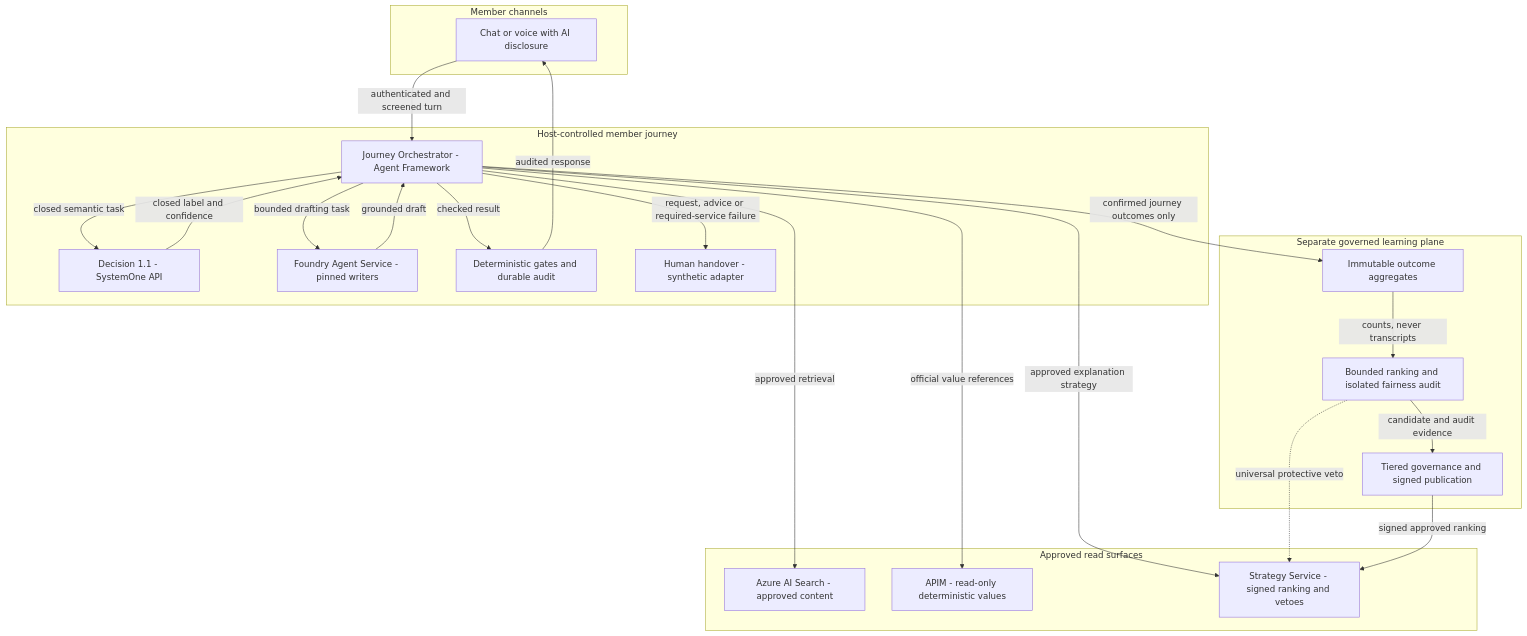
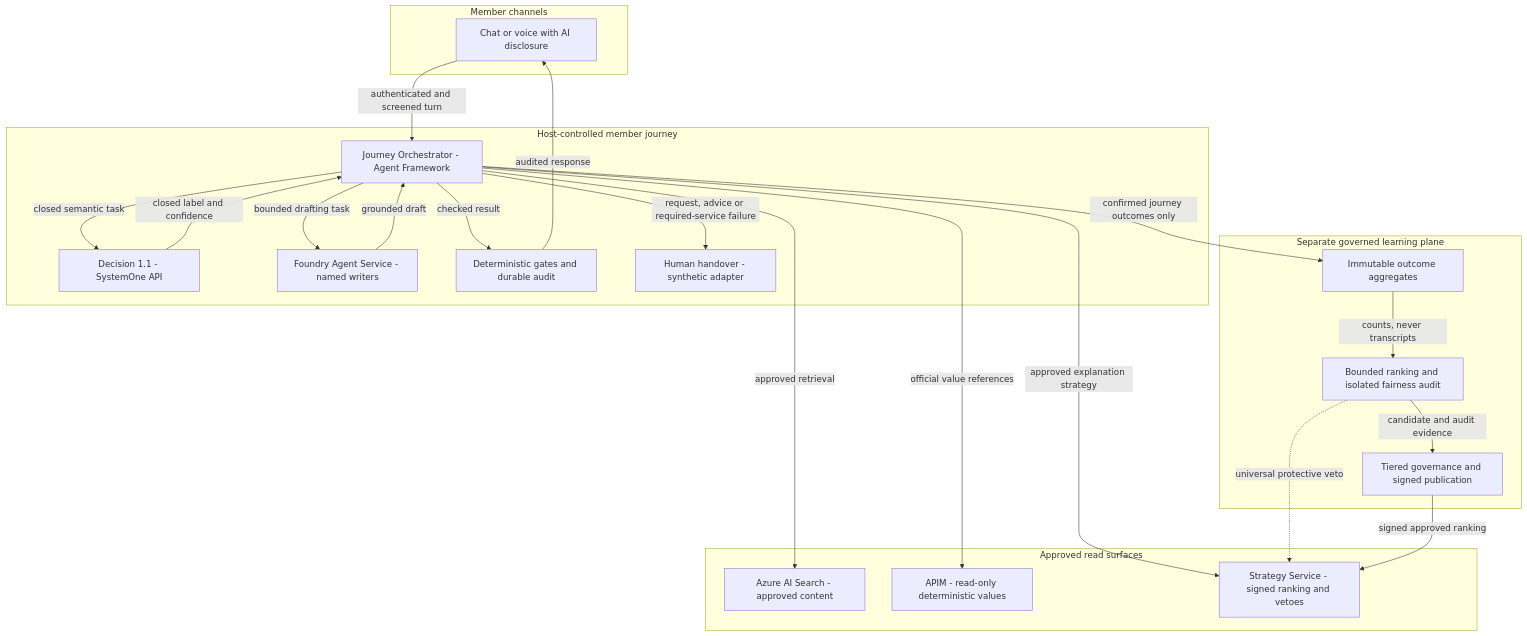
The first of 2 diagrams in docs/diagrams/agent-workflow.md (lhgomes/azure-governed-graph), drawn with Mermaid before and after one commit. The commit also changed other lines of this file and 71 other files, not shown here.

````diff
--- a/docs/diagrams/agent-workflow.md
+++ b/docs/diagrams/agent-workflow.md
@@ -48,39 +48,39 @@
 ```mermaid
 flowchart TD
     subgraph Channels["Member channels"]
         channel["Chat or voice with AI disclosure"]
     end
     subgraph Runtime["Host-controlled member journey"]
         host["Journey Orchestrator - Agent Framework"]
         decision["Decision 1.1 - SystemOne API"]
-        roles["Foundry Agent Service - pinned writers"]
+        roles["Foundry Agent Service - named writers"]
         gates["Deterministic gates and durable audit"]
         human["Human handover - synthetic adapter"]
     end
     subgraph Services["Approved read surfaces"]
         search["Azure AI Search - approved content"]
         values["APIM - read-only deterministic values"]
         strategy["Strategy Service - signed ranking and vetoes"]
     end
     subgraph Learning["Separate governed learning plane"]
         aggregates["Immutable outcome aggregates"]
         bounded["Bounded ranking and isolated fairness audit"]
         governance["Tiered governance and signed publication"]
     end
     channel -->|"authenticated and screened turn"| host
     host -->|"closed semantic task"| decision
     decision -->|"closed label and confidence"| host
     host -->|"bounded drafting task"| roles
     roles -->|"grounded draft"| host
     host -->|"approved retrieval"| search
     host -->|"official value references"| values
     host -->|"approved explanation strategy"| strategy
     host -->|"checked result"| gates
     gates -->|"audited response"| channel
     host -->|"request, advice or required-service failure"| human
     host -->|"confirmed journey outcomes only"| aggregates
     aggregates -->|"counts, never transcripts"| bounded
     bounded -->|"candidate and audit evidence"| governance
     bounded -.->|"universal protective veto"| strategy
     governance -->|"signed approved ranking"| strategy
 ```
````
